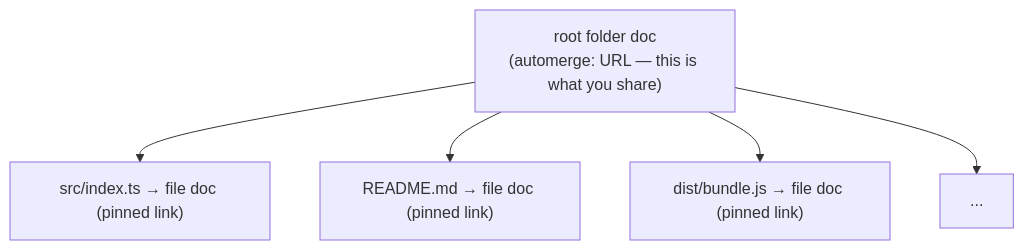
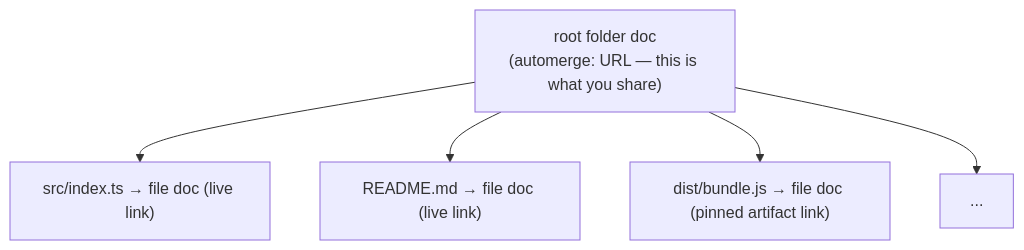
Before and after one commit to inkandswitch/pushwork: the first of 2 diagrams in README.md, drawn with Mermaid. The commit also changed other lines of this file and 29 other files, not shown here.

````diff
--- a/README.md
+++ b/README.md
@@ -247,8 +264,8 @@
 ```mermaid
 graph TD
     A["root folder doc<br/>(automerge: URL — this is what you share)"]
-    A --> B["src/index.ts → file doc (pinned link)"]
-    A --> C["README.md → file doc (pinned link)"]
-    A --> D["dist/bundle.js → file doc (pinned link)"]
+    A --> B["src/index.ts → file doc (live link)"]
+    A --> C["README.md → file doc (live link)"]
+    A --> D["dist/bundle.js → file doc (pinned artifact link)"]
     A --> E["..."]
 ```
````
